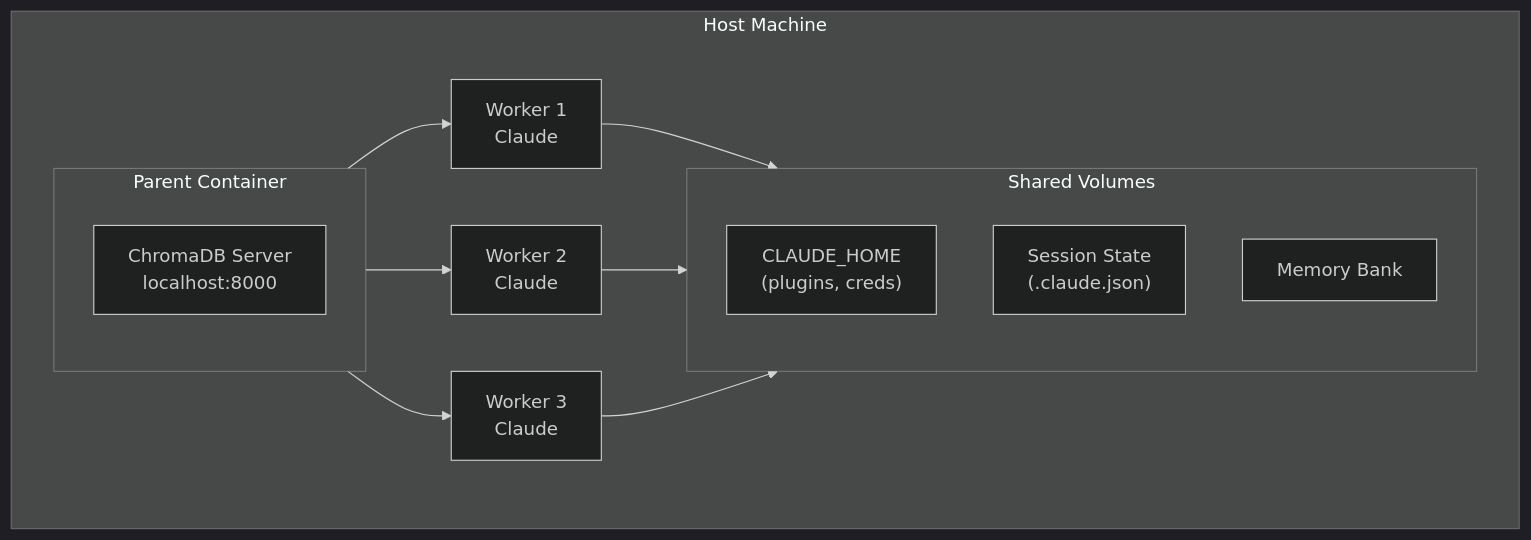
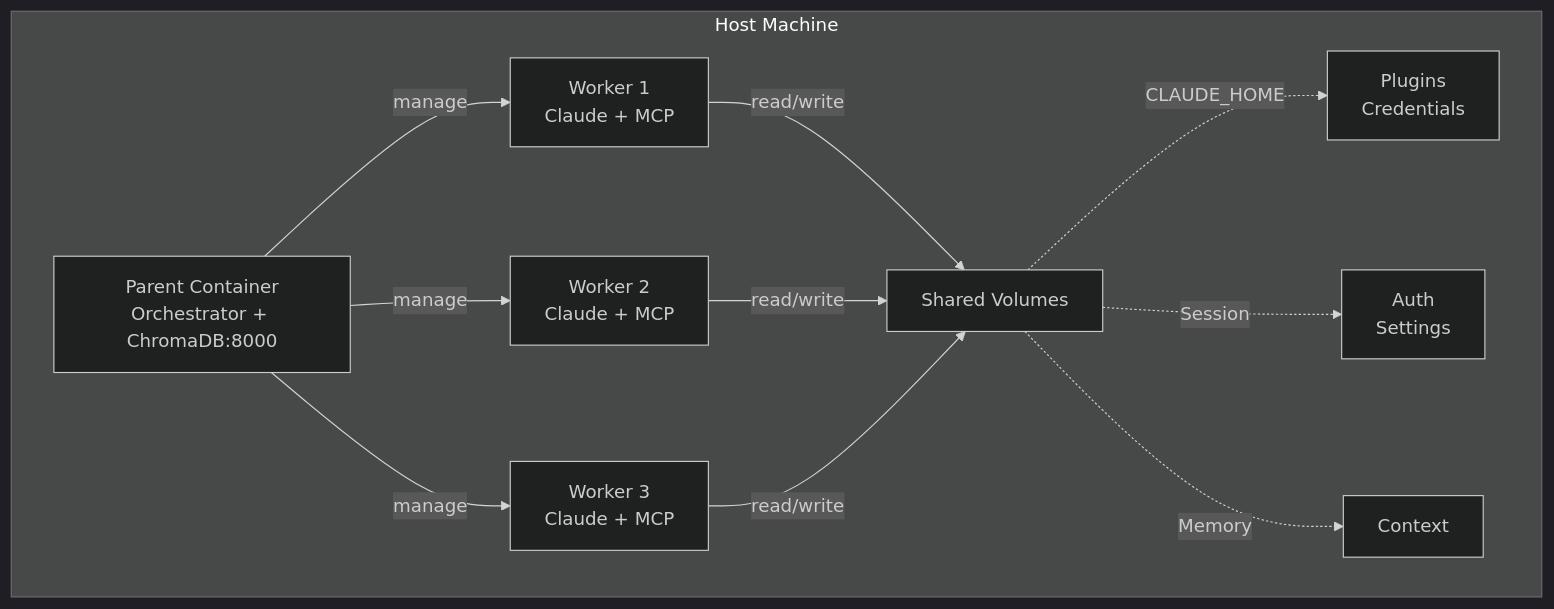
The diagram in README.md (Hellblazer/hal-9000), drawn with Mermaid (dark theme) before and after one commit. The commit also changed 3 other files, not shown here.

First line of the commit message:
docs: Fix all mermaid diagrams - remove overlapping and improve clarity

````diff
--- a/README.md
+++ b/README.md
@@ -146,22 +146,24 @@
 ```mermaid
 graph TB
     subgraph Host["Host Machine"]
-        subgraph Parent["Parent Container"]
-            ChromaDB["ChromaDB Server<br/>localhost:8000"]
-        end
+        Parent["Parent Container<br/>Orchestrator + ChromaDB:8000"]
 
-        Parent --> W1["Worker 1<br/>Claude"]
-        Parent --> W2["Worker 2<br/>Claude"]
-        Parent --> W3["Worker 3<br/>Claude"]
+        W1["Worker 1<br/>Claude + MCP"]
+        W2["Worker 2<br/>Claude + MCP"]
+        W3["Worker 3<br/>Claude + MCP"]
 
-        subgraph Volumes["Shared Volumes"]
-            CH["CLAUDE_HOME<br/>(plugins, creds)"]
-            CS["Session State<br/>(.claude.json)"]
-            MB["Memory Bank"]
-        end
+        Parent -->|manage| W1
+        Parent -->|manage| W2
+        Parent -->|manage| W3
 
-        W1 --> Volumes
-        W2 --> Volumes
-        W3 --> Volumes
+        Vols["Shared Volumes"]
+
+        W1 -->|read/write| Vols
+        W2 -->|read/write| Vols
+        W3 -->|read/write| Vols
+
+        Vols -.->|CLAUDE_HOME| CH["Plugins<br/>Credentials"]
+        Vols -.->|Session| CS["Auth<br/>Settings"]
+        Vols -.->|Memory| MB["Context"]
     end
 ```
````
